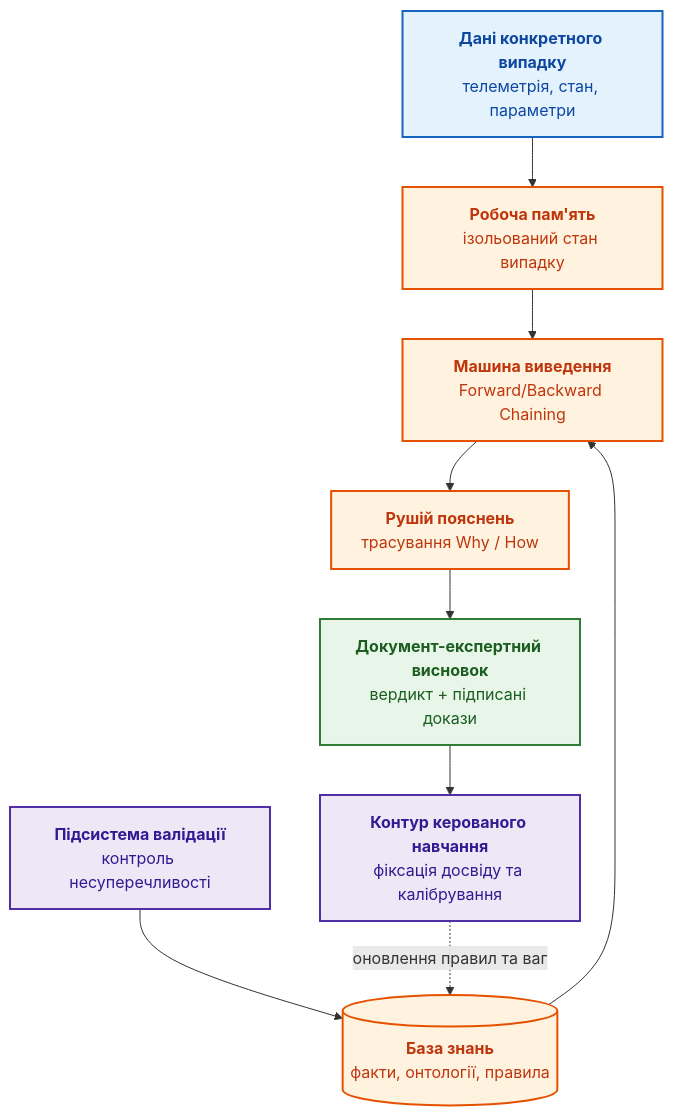
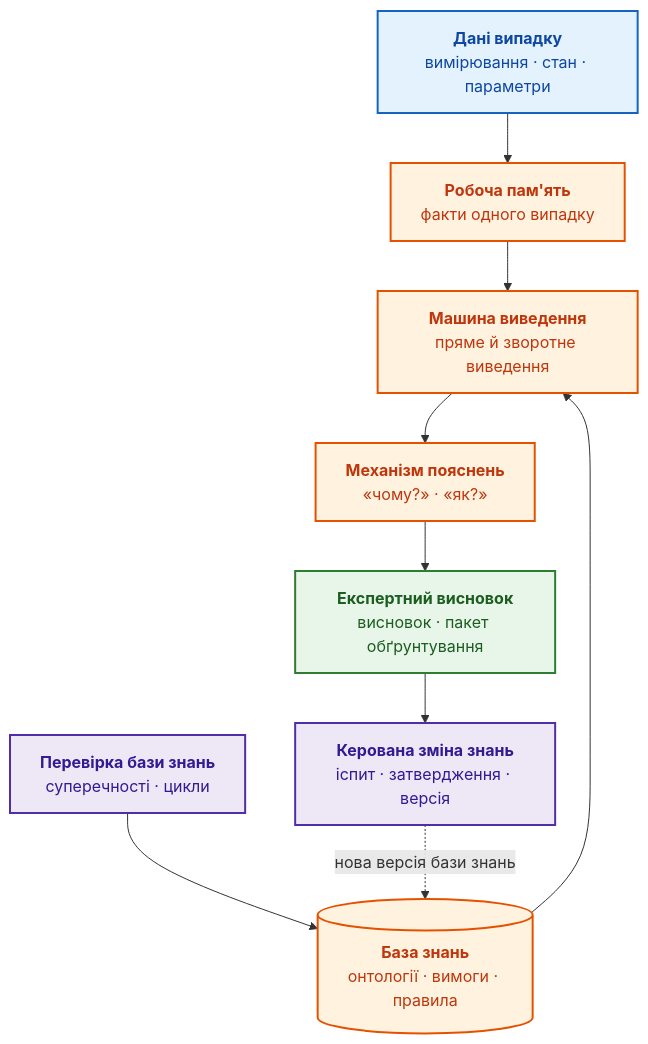
One commit to nick-fedchik/articles changed the fifth of 6 diagrams in ExpertSystem/ch03-beyond-reference-information-systems.md. Above: the diagram before and after it, drawn with Mermaid. The commit also changed other lines of this file and 3 other files, not shown here.

````diff
--- a/ExpertSystem/ch03-beyond-reference-information-systems.md
+++ b/ExpertSystem/ch03-beyond-reference-information-systems.md
@@ -248,24 +362,24 @@
 ```mermaid
 flowchart TB
-    accTitle: Архітектура повноцінної експертної системи
-    accDescr: Вхідні дані ситуації потрапляють у робочу пам'ять, машина виведення зіставляє їх із базою знань, формуючи висновок, пояснення та контур навчання.
+    accTitle: Архітектура експертної системи
+    accDescr: Дані випадку потрапляють до робочої пам'яті. Машина виведення зіставляє факти з робочої пам'яті з правилами бази знань, механізм пояснень формує слід доведення, і на виході з'являється експертний висновок. Перевірка бази знань контролює правила, а досвід із висновків повертається до бази знань лише через керовану зміну знань.
 
-    Q["<b>Дані конкретного випадку</b><br/>телеметрія, стан, параметри"] --> WM["<b>Робоча пам'ять</b><br/>ізольований стан випадку"]
-    KB[("<b>База знань</b><br/>факти, онтології, правила")] --> INF["<b>Машина виведення</b><br/>Forward/Backward Chaining"]
+    Q["<b>Дані випадку</b><br/>вимірювання · стан · параметри"] --> WM["<b>Робоча пам'ять</b><br/>факти одного випадку"]
+    KB[("<b>База знань</b><br/>онтології · вимоги · правила")] --> INF["<b>Машина виведення</b><br/>пряме й зворотне виведення"]
     WM --> INF
-    INF --> EXP["<b>Рушій пояснень</b><br/>трасування Why / How"]
-    EXP --> D["<b>Документ-експертний висновок</b><br/>вердикт + підписані докази"]
-    CHK["<b>Підсистема валідації</b><br/>контроль несуперечливості"] --> KB
-    D --> SL["<b>Контур керованого навчання</b><br/>фіксація досвіду та калібрування"]
-    SL -. "оновлення правил та ваг" .-> KB
+    INF --> EXP["<b>Механізм пояснень</b><br/>«чому?» · «як?»"]
+    EXP --> D["<b>Експертний висновок</b><br/>висновок · пакет обґрунтування"]
+    CHK["<b>Перевірка бази знань</b><br/>суперечності · цикли"] --> KB
+    D --> SL["<b>Керована зміна знань</b><br/>іспит · затвердження · версія"]
+    SL -.->|"нова версія бази знань"| KB
 
     classDef inp fill:#e3f2fd,stroke:#1565c0,stroke-width:2px,color:#0d47a1;
     classDef core fill:#fff3e0,stroke:#e65100,stroke-width:2px,color:#bf360c;
     classDef out fill:#e8f5e9,stroke:#2e7d32,stroke-width:2px,color:#1b5e20;
     classDef aux fill:#ede7f6,stroke:#512da8,stroke-width:2px,color:#311b92;
 
     class Q inp;
     class WM,KB,INF,EXP core;
     class D out;
     class CHK,SL aux;
 ```
````
